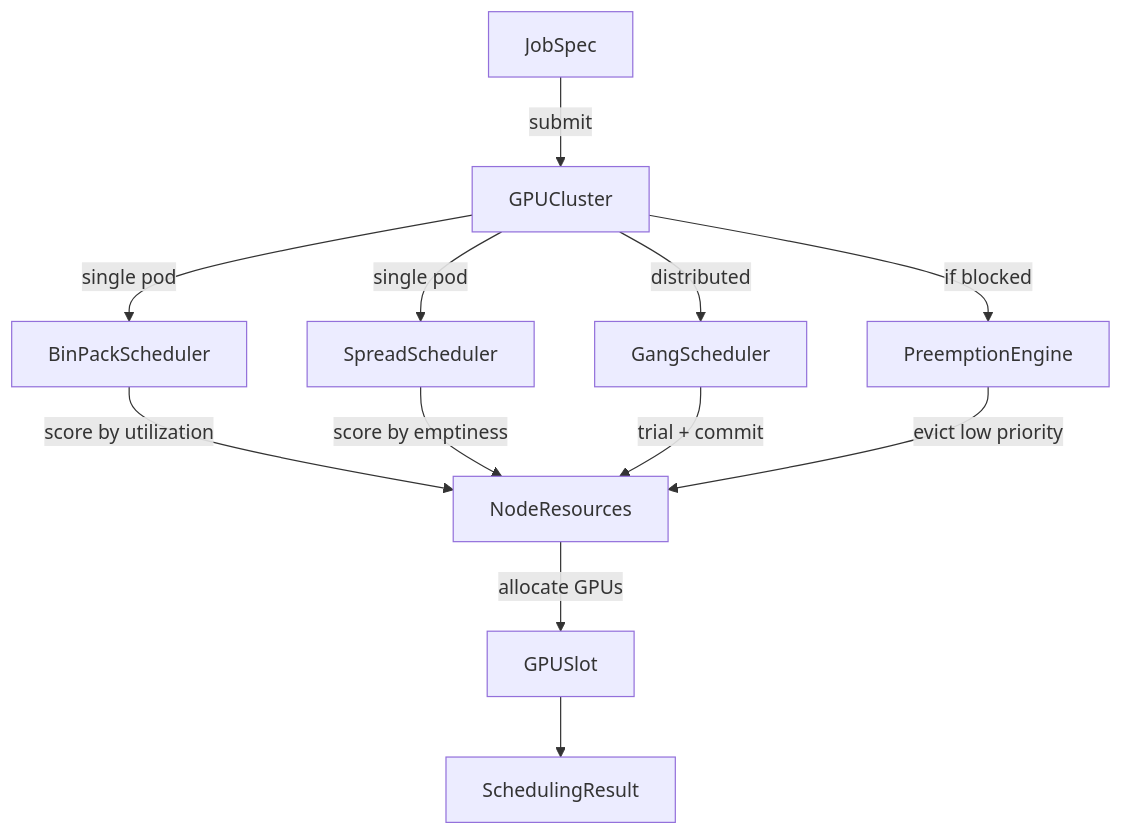
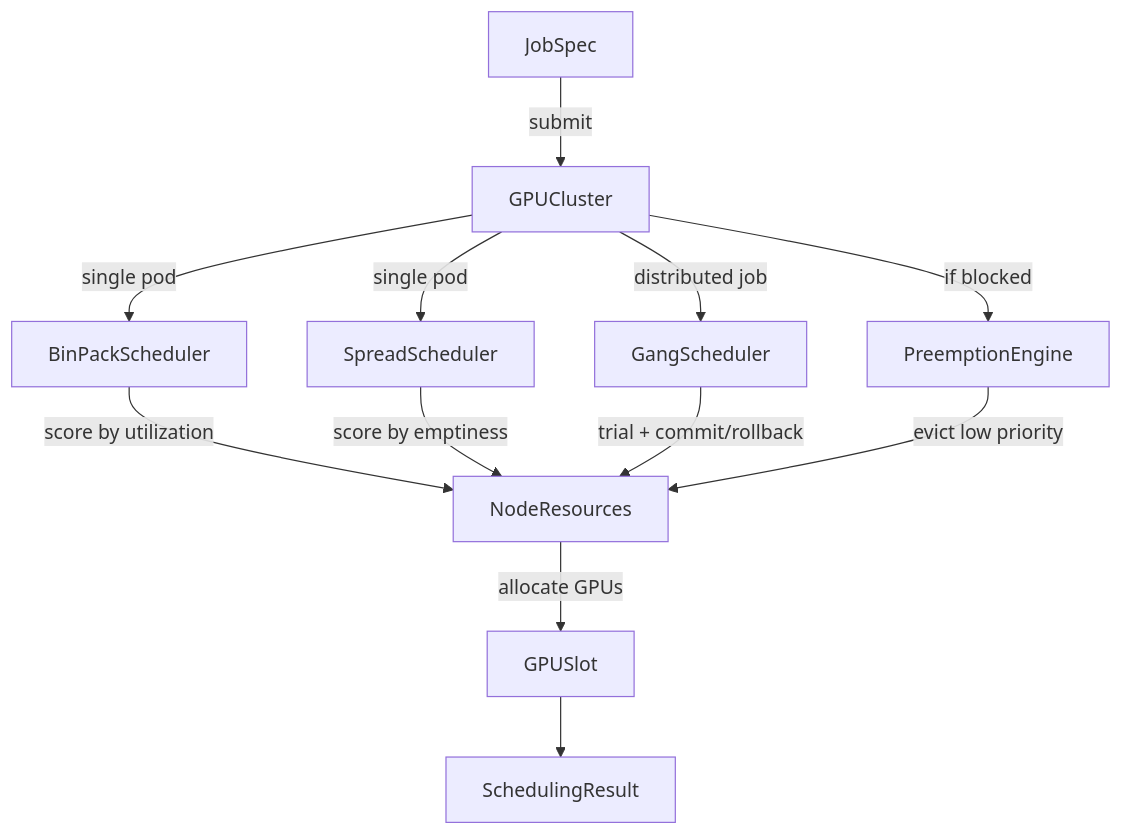
Before and after one commit to jrajath94/container-gpu-scheduler: the diagram in README.md, drawn with Mermaid. The commit also changed other lines of this file, not shown here.

````diff
--- a/README.md
+++ b/README.md
@@ -16,14 +33,14 @@
 ```mermaid
 graph TD
     J[JobSpec] -->|submit| C[GPUCluster]
     C -->|single pod| BP[BinPackScheduler]
     C -->|single pod| SP[SpreadScheduler]
-    C -->|distributed| GS[GangScheduler]
+    C -->|distributed job| GS[GangScheduler]
     C -->|if blocked| PE[PreemptionEngine]
     BP -->|score by utilization| N[NodeResources]
     SP -->|score by emptiness| N
-    GS -->|trial + commit| N
+    GS -->|trial + commit/rollback| N
     PE -->|evict low priority| N
     N -->|allocate GPUs| S[GPUSlot]
     S --> R[SchedulingResult]
 ```
````
